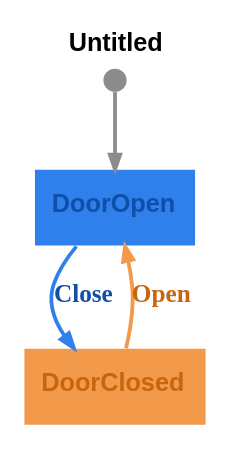
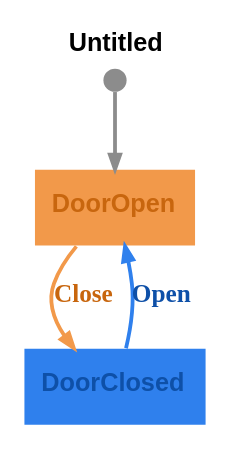
The diagram in graphs/door.dot (m-bock/purescript-transit), drawn with Graphviz before and after one commit. The commit also changed 5 other files, not shown here.

```diff
--- a/graphs/door.dot
+++ b/graphs/door.dot
@@ -1,10 +1,10 @@
 digraph 
 {
 rankdir = "TD";fontname = "Arial";label = <<b>Untitled</b>>;labelloc = "t";fontsize = 12
-DoorOpen [shape = "box", label = <<b>DoorOpen</b>>, fontsize = 12, style = "filled", fillcolor = "#2f80ed", fontcolor = "#0e50a8", fontname = "Arial", labelloc = "c", penwidth = 0.0]
+DoorOpen [shape = "box", label = <<b>DoorOpen</b>>, fontsize = 12, style = "filled", fillcolor = "#f2994a", fontcolor = "#c8660e", fontname = "Arial", labelloc = "c", penwidth = 0.0]
 __Start__ [shape = "circle", label = "", width = 0.15, height = 0.15, fixedsize = true, style = "filled", fillcolor = "#8c8c8c", penwidth = 0.0]
 __Start__ -> DoorOpen [color = "#8c8c8c", fontsize = 12, arrowsize = "0.7", penwidth = 1.8]
-DoorOpen -> DoorClosed [color = "#2f80ed", fontcolor = "#0e50a8", fontsize = 12, arrowsize = "0.7", label = <<b>Close</b>>, penwidth = 1.8]
-DoorClosed [shape = "box", label = <<b>DoorClosed</b>>, fontsize = 12, style = "filled", fillcolor = "#f2994a", fontcolor = "#c8660e", fontname = "Arial", labelloc = "c", penwidth = 0.0]
-DoorClosed -> DoorOpen [color = "#f2994a", fontcolor = "#c8660e", fontsize = 12, arrowsize = "0.7", label = <<b>Open</b>>, penwidth = 1.8]
+DoorOpen -> DoorClosed [color = "#f2994a", fontcolor = "#c8660e", fontsize = 12, arrowsize = "0.7", label = <<b>Close</b>>, penwidth = 1.8]
+DoorClosed [shape = "box", label = <<b>DoorClosed</b>>, fontsize = 12, style = "filled", fillcolor = "#2f80ed", fontcolor = "#0e50a8", fontname = "Arial", labelloc = "c", penwidth = 0.0]
+DoorClosed -> DoorOpen [color = "#2f80ed", fontcolor = "#0e50a8", fontsize = 12, arrowsize = "0.7", label = <<b>Open</b>>, penwidth = 1.8]
 }
```
